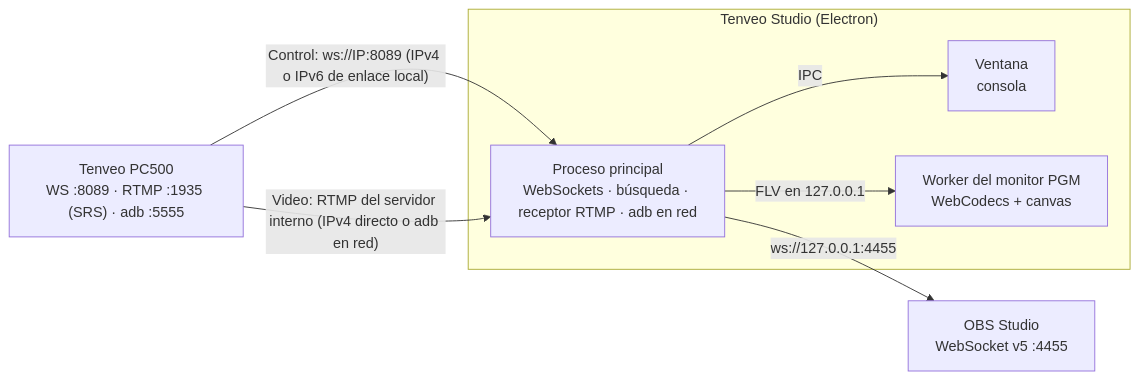
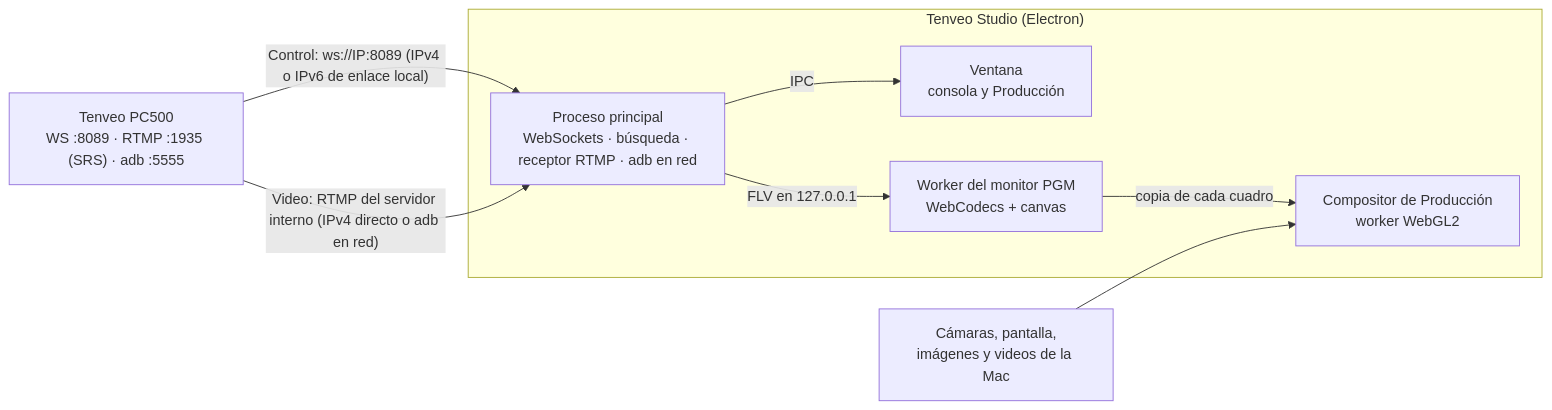
The diagram in DOCUMENTACION.md (ThePunisherBaby/VeController), drawn with Mermaid before and after one commit. The commit also changed other lines of this file and 45 other files, not shown here.

First line of the commit message:
Tenveo Studio 1.6.0: estudio de producción en lugar de OBS

````diff
--- a/DOCUMENTACION.md
+++ b/DOCUMENTACION.md
@@ -24,16 +24,18 @@
 ```mermaid
 flowchart LR
     PC500["Tenveo PC500<br/>WS :8089 · RTMP :1935 (SRS) · adb :5555"]
     subgraph APP["Tenveo Studio (Electron)"]
         MAIN["Proceso principal<br/>WebSockets · búsqueda · receptor RTMP · adb en red"]
-        UI["Ventana<br/>consola"]
+        UI["Ventana<br/>consola y Producción"]
         WORKER["Worker del monitor PGM<br/>WebCodecs + canvas"]
+        COMP["Compositor de Producción<br/>worker WebGL2"]
     end
-    OBS["OBS Studio<br/>WebSocket v5 :4455"]
+    MAC["Cámaras, pantalla,<br/>imágenes y videos de la Mac"]
 
     PC500 -- "Control: ws://IP:8089 (IPv4 o IPv6 de enlace local)" --> MAIN
     PC500 -- "Video: RTMP del servidor interno (IPv4 directo o adb en red)" --> MAIN
     MAIN -- "IPC" --> UI
     MAIN -- "FLV en 127.0.0.1" --> WORKER
-    MAIN -- "ws://127.0.0.1:4455" --> OBS
+    WORKER -- "copia de cada cuadro" --> COMP
+    MAC --> COMP
 ```
````
